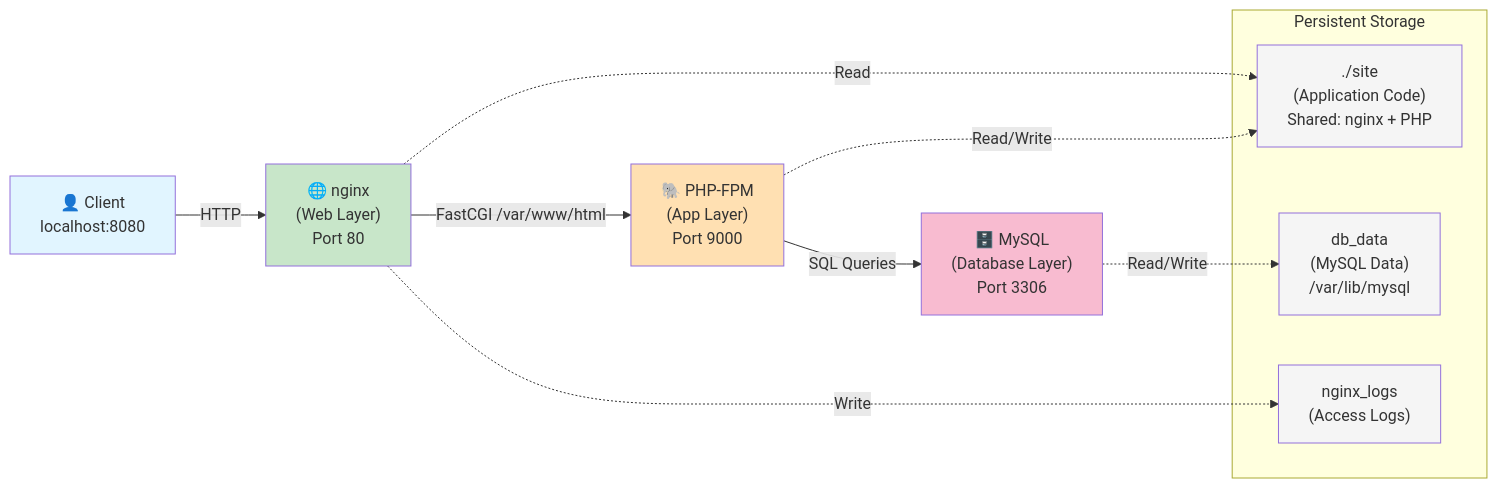
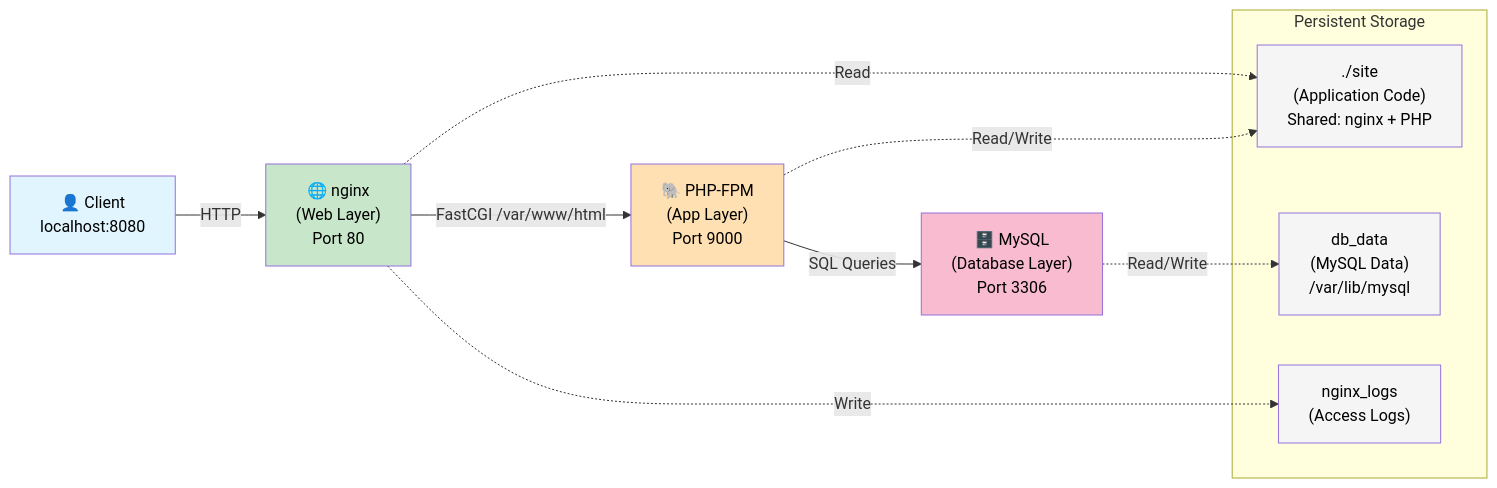
Before and after one commit to aleynatila/iaas-webhosting: the diagram in README.md, drawn with Mermaid.

Commit message:
Style: Make architecture diagram text black for better readability

````diff
--- a/README.md
+++ b/README.md
@@ -9,29 +9,29 @@
 ```mermaid
 graph LR
     Client["👤 Client<br/>localhost:8080"]
     
     Client -->|HTTP| Nginx["🌐 nginx<br/>(Web Layer)<br/>Port 80"]
     
     Nginx -->|FastCGI /var/www/html| PHP["🐘 PHP-FPM<br/>(App Layer)<br/>Port 9000"]
     
     PHP -->|SQL Queries| MySQL["🗄️ MySQL<br/>(Database Layer)<br/>Port 3306"]
     
     subgraph Volumes[" Persistent Storage"]
         AppCode[" ./site<br/>(Application Code)<br/>Shared: nginx + PHP"]
         DBData[" db_data<br/>(MySQL Data)<br/>/var/lib/mysql"]
         Logs[" nginx_logs<br/>(Access Logs)"]
     end
     
     Nginx -.->|Read| AppCode
     PHP -.->|Read/Write| AppCode
     MySQL -.->|Read/Write| DBData
     Nginx -.->|Write| Logs
     
-    style Client fill:#e1f5ff
-    style Nginx fill:#c8e6c9
-    style PHP fill:#ffe0b2
-    style MySQL fill:#f8bbd0
-    style AppCode fill:#f5f5f5
-    style DBData fill:#f5f5f5
-    style Logs fill:#f5f5f5
+    style Client fill:#e1f5ff,color:#000
+    style Nginx fill:#c8e6c9,color:#000
+    style PHP fill:#ffe0b2,color:#000
+    style MySQL fill:#f8bbd0,color:#000
+    style AppCode fill:#f5f5f5,color:#000
+    style DBData fill:#f5f5f5,color:#000
+    style Logs fill:#f5f5f5,color:#000
 ```
````
